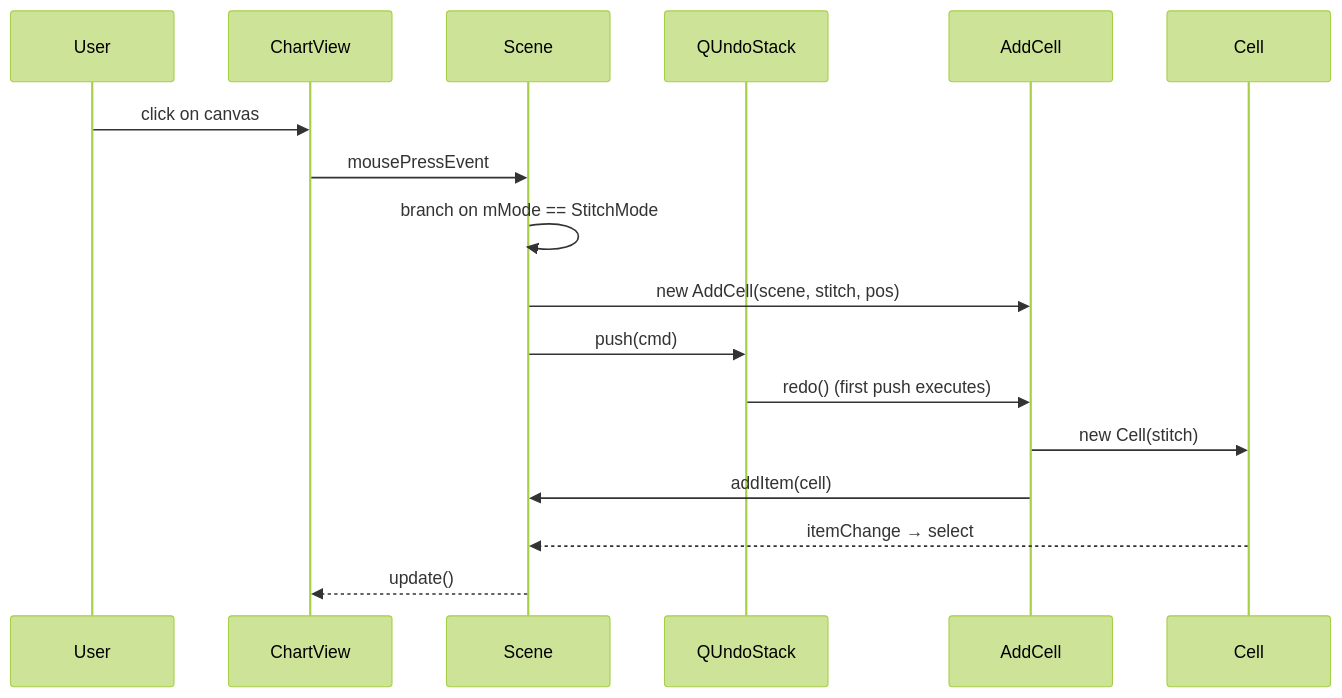
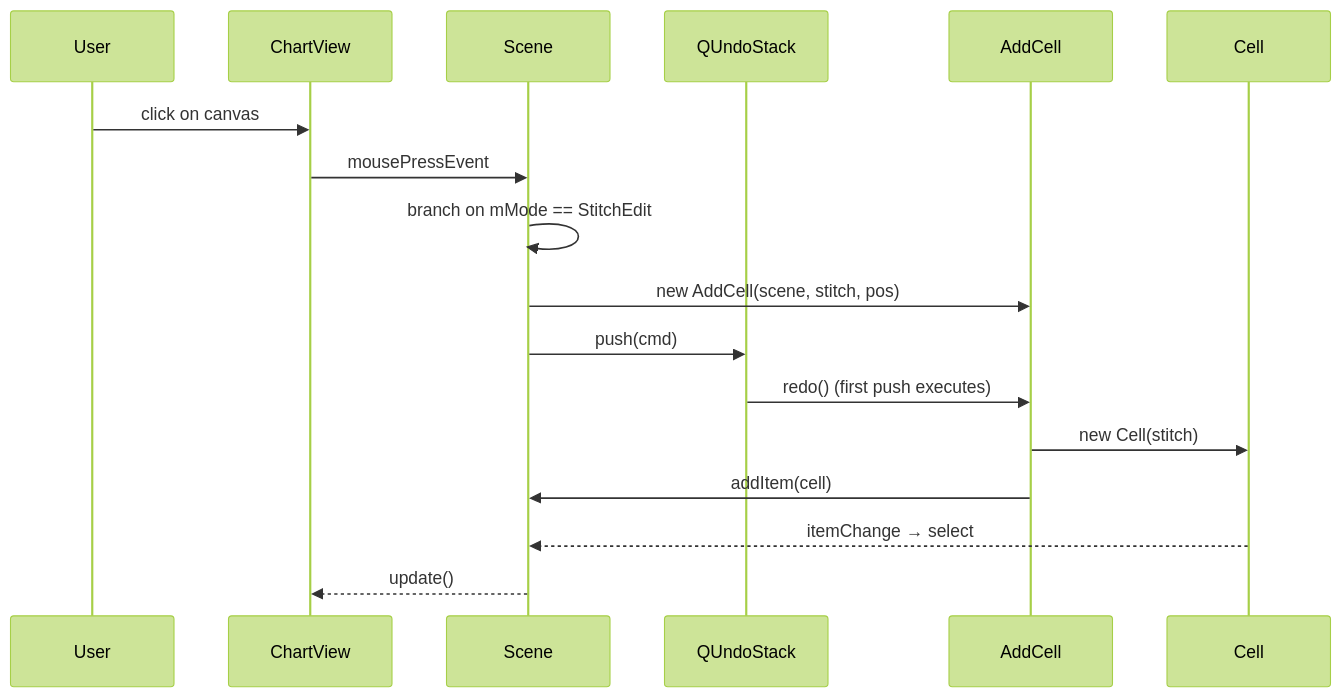
The third of 6 diagrams in docs/architecture/06-runtime.md (Bobsel/CrochetCharts), drawn with Mermaid (forest theme) before and after one commit. The commit also changed 8 other files, not shown here.

First line of the commit message:
docs(architecture): sync arc42 with current code state

````diff
--- a/docs/architecture/06-runtime.md
+++ b/docs/architecture/06-runtime.md
@@ -66,20 +66,20 @@
 ```mermaid
 sequenceDiagram
     participant User
     participant View as ChartView
     participant Scene
     participant Undo as QUndoStack
     participant Cmd as AddCell
     participant Cell
 
     User->>View: click on canvas
     View->>Scene: mousePressEvent
-    Scene->>Scene: branch on mMode == StitchMode
+    Scene->>Scene: branch on mMode == StitchEdit
     Scene->>Cmd: new AddCell(scene, stitch, pos)
     Scene->>Undo: push(cmd)
     Undo->>Cmd: redo()  (first push executes)
     Cmd->>Cell: new Cell(stitch)
     Cmd->>Scene: addItem(cell)
     Cell-->>Scene: itemChange → select
     Scene-->>View: update()
 ```
````
